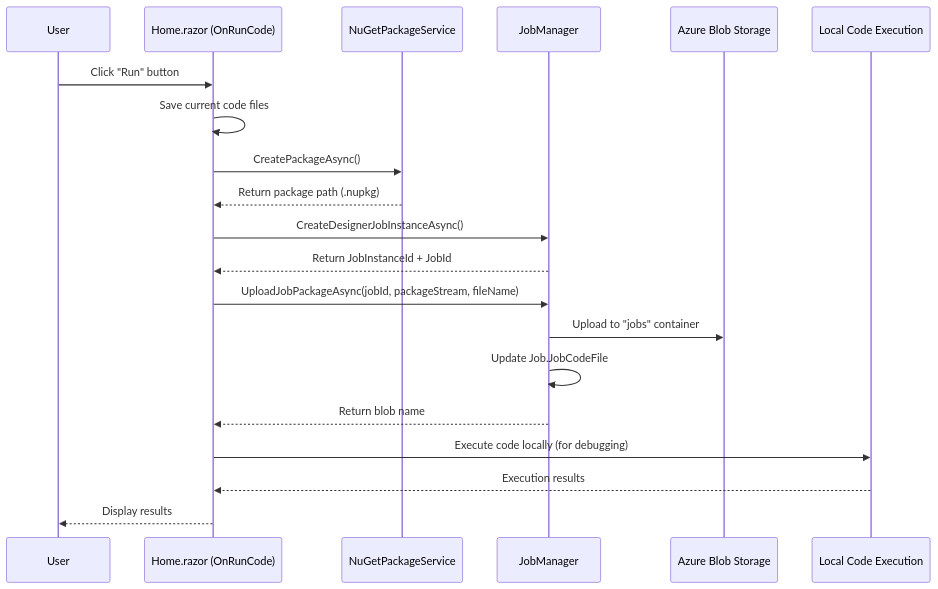
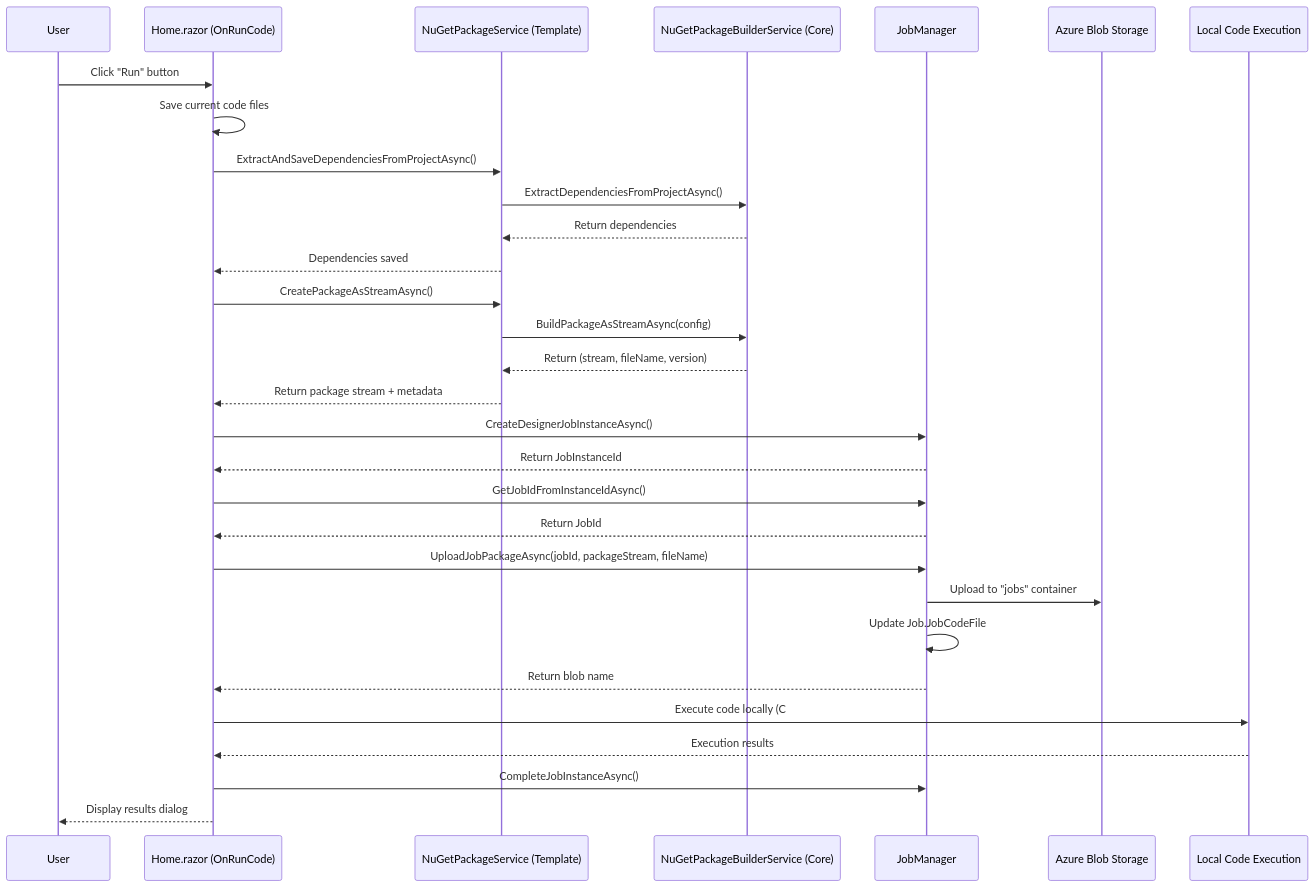
Before and after one commit to Blazor-Data-Orchestrator/BlazorDataOrchestrator: the diagram in docs/JobCreatorRunCodeFeaturePlan.md, drawn with Mermaid. The commit also changed other lines of this file and 6 other files, not shown here.

First line of the commit message:
Online code editor & NuGet packaging core refactor

````diff
--- a/docs/JobCreatorRunCodeFeaturePlan.md
+++ b/docs/JobCreatorRunCodeFeaturePlan.md
@@ -21,23 +21,33 @@
 ```mermaid
 sequenceDiagram
     participant User
     participant Home.razor as Home.razor (OnRunCode)
-    participant NuGetService as NuGetPackageService
+    participant NuGetService as NuGetPackageService (Template)
+    participant BuilderService as NuGetPackageBuilderService (Core)
     participant JobManager as JobManager
     participant BlobStorage as Azure Blob Storage
     participant LocalExecution as Local Code Execution
 
     User->>Home.razor: Click "Run" button
     Home.razor->>Home.razor: Save current code files
-    Home.razor->>NuGetService: CreatePackageAsync()
-    NuGetService-->>Home.razor: Return package path (.nupkg)
+    Home.razor->>NuGetService: ExtractAndSaveDependenciesFromProjectAsync()
+    NuGetService->>BuilderService: ExtractDependenciesFromProjectAsync()
+    BuilderService-->>NuGetService: Return dependencies
+    NuGetService-->>Home.razor: Dependencies saved
+    Home.razor->>NuGetService: CreatePackageAsStreamAsync()
+    NuGetService->>BuilderService: BuildPackageAsStreamAsync(config)
+    BuilderService-->>NuGetService: Return (stream, fileName, version)
+    NuGetService-->>Home.razor: Return package stream + metadata
     Home.razor->>JobManager: CreateDesignerJobInstanceAsync() 
-    JobManager-->>Home.razor: Return JobInstanceId + JobId
+    JobManager-->>Home.razor: Return JobInstanceId
+    Home.razor->>JobManager: GetJobIdFromInstanceIdAsync()
+    JobManager-->>Home.razor: Return JobId
     Home.razor->>JobManager: UploadJobPackageAsync(jobId, packageStream, fileName)
     JobManager->>BlobStorage: Upload to "jobs" container
     JobManager->>JobManager: Update Job.JobCodeFile
     JobManager-->>Home.razor: Return blob name
-    Home.razor->>LocalExecution: Execute code locally (for debugging)
+    Home.razor->>LocalExecution: Execute code locally (C# or Python)
     LocalExecution-->>Home.razor: Execution results
-    Home.razor-->>User: Display results
+    Home.razor->>JobManager: CompleteJobInstanceAsync()
+    Home.razor-->>User: Display results dialog
 ```
````
